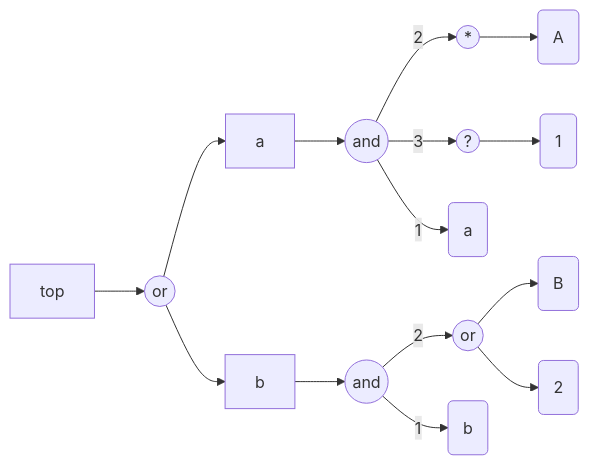
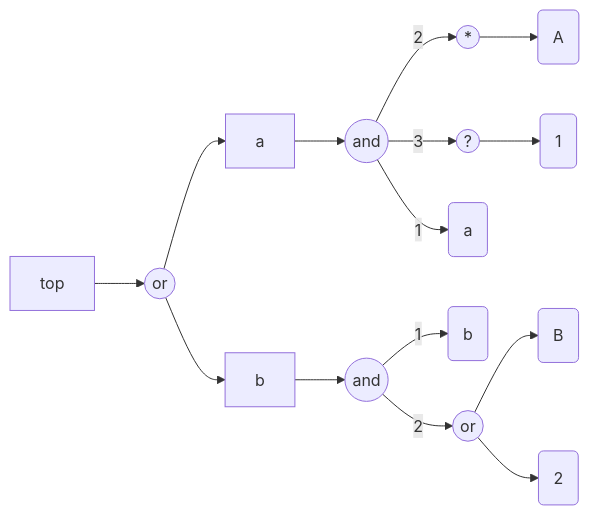
Before and after one commit to antononcube/Raku-FunctionalParsers: the fourth of 7 diagrams in doc/Graph-representation-of-grammars.md, drawn with Mermaid. The commit also changed other lines of this file and 1 other file, not shown here.

````diff
--- a/doc/Graph-representation-of-grammars.md
+++ b/doc/Graph-representation-of-grammars.md
@@ -33,32 +101,32 @@
 ```mermaid
 graph LR
+	rep7((*))
+	alt14((or))
+	T:1("1")
+	seq12((and))
+	NT:top["top"]
+	alt1((or))
+	T:a("a")
+	T:b("b")
 	T:B("B")
-	T:2("2")
-	T:1("1")
-	rep7((*))
-	NT:top["top"]
-	seq12((and))
 	NT:a["a"]
-	alt14((or))
-	T:a("a")
-	T:A("A")
 	seq5((and))
 	opt9((?))
-	alt1((or))
-	T:b("b")
+	T:A("A")
 	NT:b["b"]
+	T:2("2")
 	alt1 --> NT:a
 	alt1 --> NT:b
 	NT:top --> alt1
 	rep7 --> T:A
 	opt9 --> T:1
 	seq5 --> |1|T:a
 	seq5 --> |2|rep7
 	seq5 --> |3|opt9
 	NT:a --> seq5
 	alt14 --> T:B
 	alt14 --> T:2
 	seq12 --> |1|T:b
 	seq12 --> |2|alt14
 	NT:b --> seq12
 ```
````
